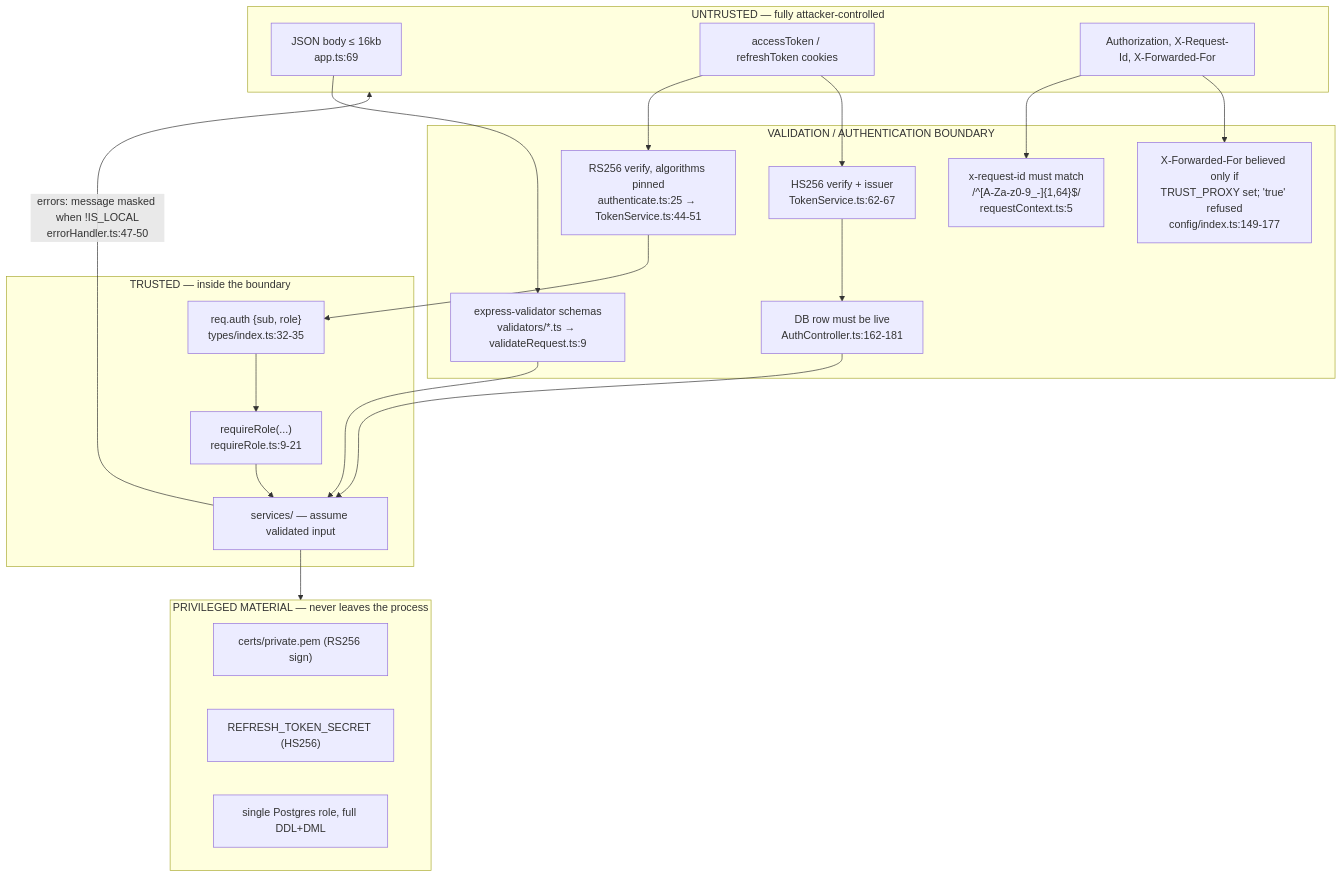
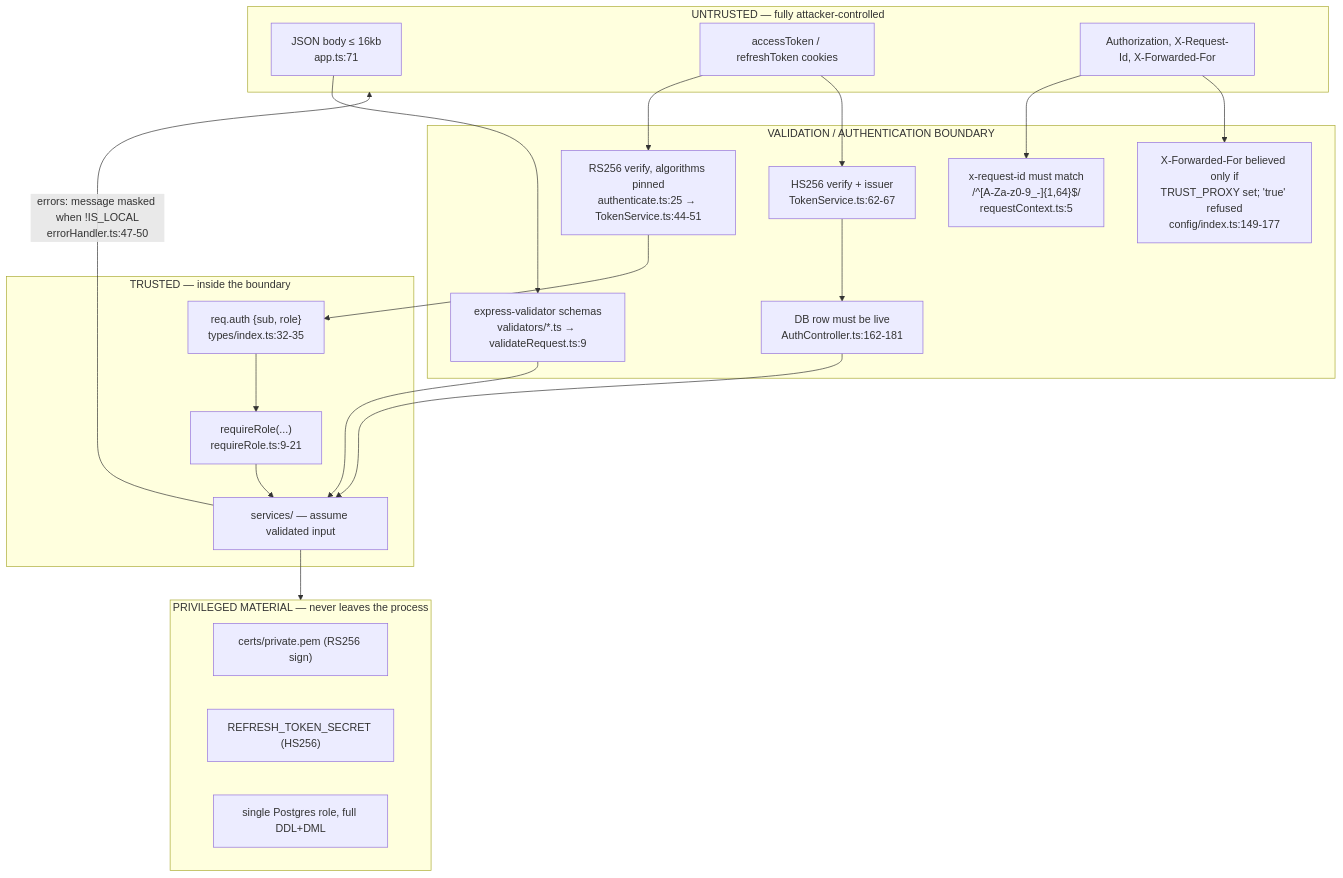
One commit to vipinsao/auth-service changed the fifth of 6 diagrams in ARCHITECTURE.md. Above: the diagram before and after it, drawn with Mermaid. The commit also changed other lines of this file, not shown here.

First line of the commit message:
docs(architecture): refresh line citations after the lockout and config fixes

````diff
--- a/ARCHITECTURE.md
+++ b/ARCHITECTURE.md
@@ -291,37 +291,37 @@
 ```mermaid
 flowchart TB
     subgraph Untrusted["UNTRUSTED — fully attacker-controlled"]
-        Body["JSON body ≤ 16kb<br/>app.ts:69"]
+        Body["JSON body ≤ 16kb<br/>app.ts:71"]
         Cookies["accessToken / refreshToken cookies"]
         Hdrs["Authorization, X-Request-Id, X-Forwarded-For"]
     end
 
     subgraph Gate["VALIDATION / AUTHENTICATION BOUNDARY"]
         V["express-validator schemas<br/>validators/*.ts → validateRequest.ts:9"]
         RID["x-request-id must match<br/>/^[A-Za-z0-9_-]{1,64}$/<br/>requestContext.ts:5"]
         TP["X-Forwarded-For believed only if<br/>TRUST_PROXY set; 'true' refused<br/>config/index.ts:149-177"]
         AT["RS256 verify, algorithms pinned<br/>authenticate.ts:25 → TokenService.ts:44-51"]
         RT["HS256 verify + issuer<br/>TokenService.ts:62-67"]
         ROW["DB row must be live<br/>AuthController.ts:162-181"]
     end
 
     subgraph Trusted["TRUSTED — inside the boundary"]
         RB["req.auth {sub, role}<br/>types/index.ts:32-35"]
         RBAC["requireRole(...)<br/>requireRole.ts:9-21"]
         SVC["services/ — assume validated input"]
     end
 
     subgraph Secrets["PRIVILEGED MATERIAL — never leaves the process"]
         PK["certs/private.pem (RS256 sign)"]
         RS["REFRESH_TOKEN_SECRET (HS256)"]
         DBC["single Postgres role, full DDL+DML"]
     end
 
     Body --> V --> SVC
     Cookies --> AT --> RB --> RBAC --> SVC
     Cookies --> RT --> ROW --> SVC
     Hdrs --> RID
     Hdrs --> TP
     SVC --> Secrets
     SVC -->|"errors: message masked when !IS_LOCAL<br/>errorHandler.ts:47-50"| Untrusted
 ```
````
